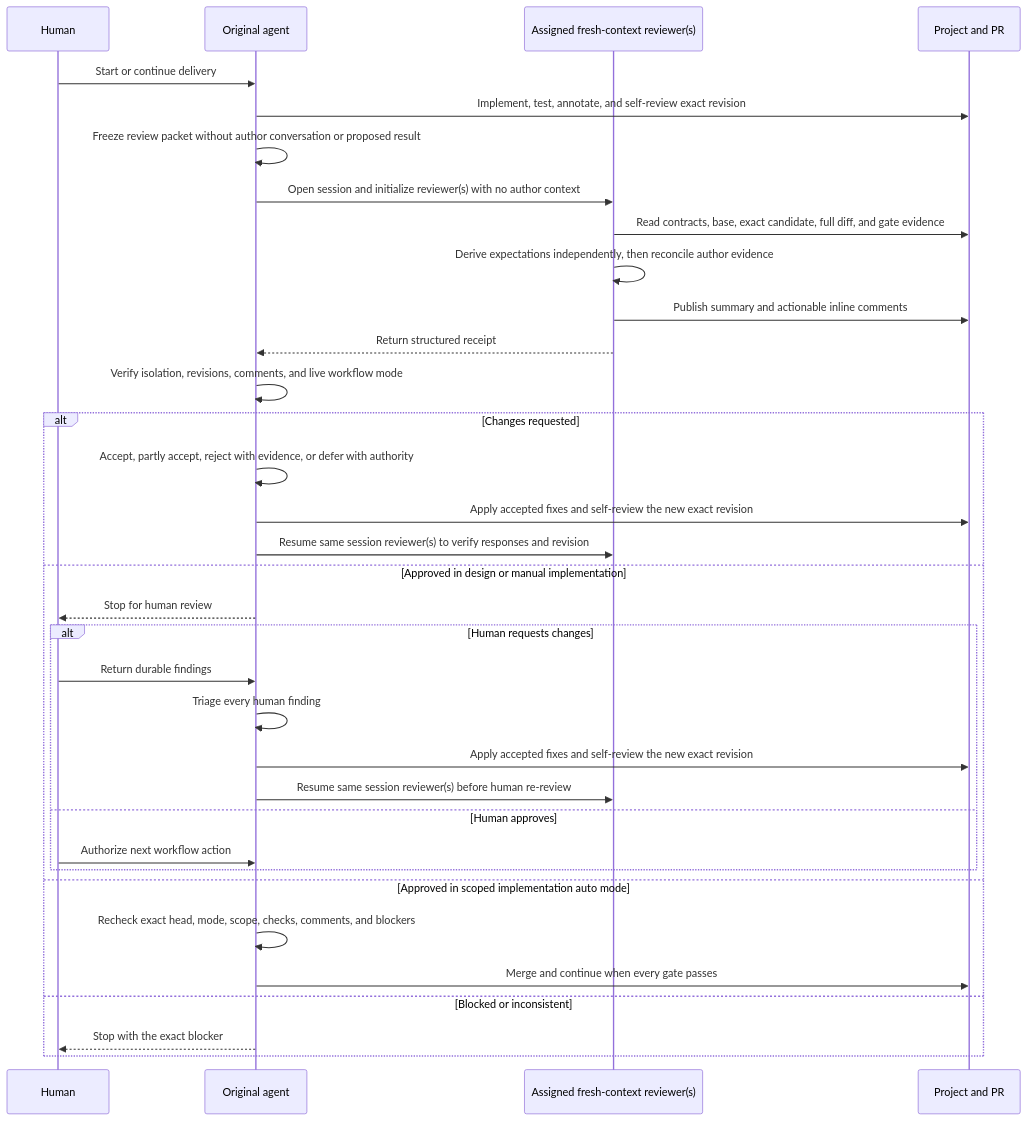
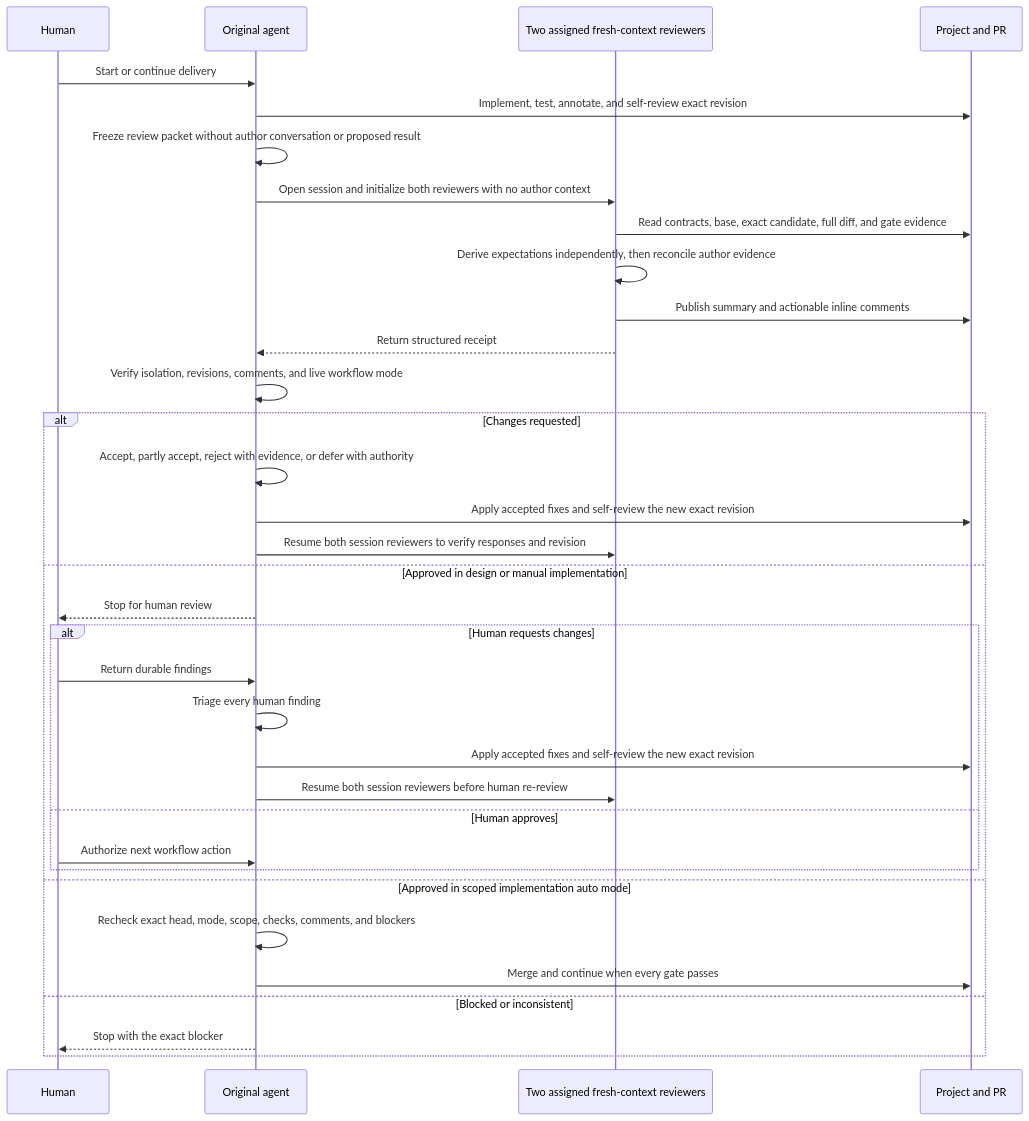
The fourth of 4 diagrams in README.md (hhhhhusky777/spec-driven-delivery-playbook), drawn with Mermaid before and after one commit. The commit also changed other lines of this file and 1 other file, not shown here.

````diff
--- a/README.md
+++ b/README.md
@@ -665,37 +693,37 @@
 ```mermaid
 sequenceDiagram
     participant U as Human
     participant A as Original agent
-    participant R as Assigned fresh-context reviewer(s)
+    participant R as Two assigned fresh-context reviewers
     participant P as Project and PR
 
     U->>A: Start or continue delivery
     A->>P: Implement, test, annotate, and self-review exact revision
     A->>A: Freeze review packet without author conversation or proposed result
-    A->>R: Open session and initialize reviewer(s) with no author context
+    A->>R: Open session and initialize both reviewers with no author context
     R->>P: Read contracts, base, exact candidate, full diff, and gate evidence
     R->>R: Derive expectations independently, then reconcile author evidence
     R->>P: Publish summary and actionable inline comments
     R-->>A: Return structured receipt
     A->>A: Verify isolation, revisions, comments, and live workflow mode
     alt Changes requested
         A->>A: Accept, partly accept, reject with evidence, or defer with authority
         A->>P: Apply accepted fixes and self-review the new exact revision
-        A->>R: Resume same session reviewer(s) to verify responses and revision
+        A->>R: Resume both session reviewers to verify responses and revision
     else Approved in design or manual implementation
         A-->>U: Stop for human review
         alt Human requests changes
             U->>A: Return durable findings
             A->>A: Triage every human finding
             A->>P: Apply accepted fixes and self-review the new exact revision
-            A->>R: Resume same session reviewer(s) before human re-review
+            A->>R: Resume both session reviewers before human re-review
         else Human approves
             U->>A: Authorize next workflow action
         end
     else Approved in scoped implementation auto mode
         A->>A: Recheck exact head, mode, scope, checks, comments, and blockers
         A->>P: Merge and continue when every gate passes
     else Blocked or inconsistent
         A-->>U: Stop with the exact blocker
     end
 ```
````
